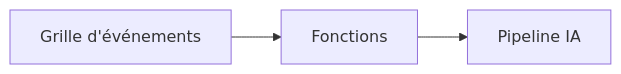
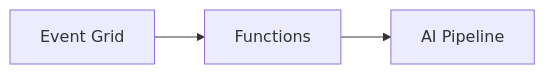
One commit to microsoft/AZD-for-beginners changed the second of 2 diagrams in translations/fr/docs/chapter-08-production/README.md. Above: the diagram before and after it, drawn with Mermaid. The commit also changed other lines of this file and 156 other files, not shown here.

````diff
--- a/translations/fr/docs/chapter-08-production/README.md
+++ b/translations/fr/docs/chapter-08-production/README.md
@@ -57,4 +59,4 @@
 ```mermaid
 graph LR
-    EventGrid[Grille d'événements] --> Functions[Fonctions] --> Pipeline[Pipeline IA]
+    EventGrid[Event Grid] --> Functions[Functions] --> Pipeline[AI Pipeline]
 ```
````
